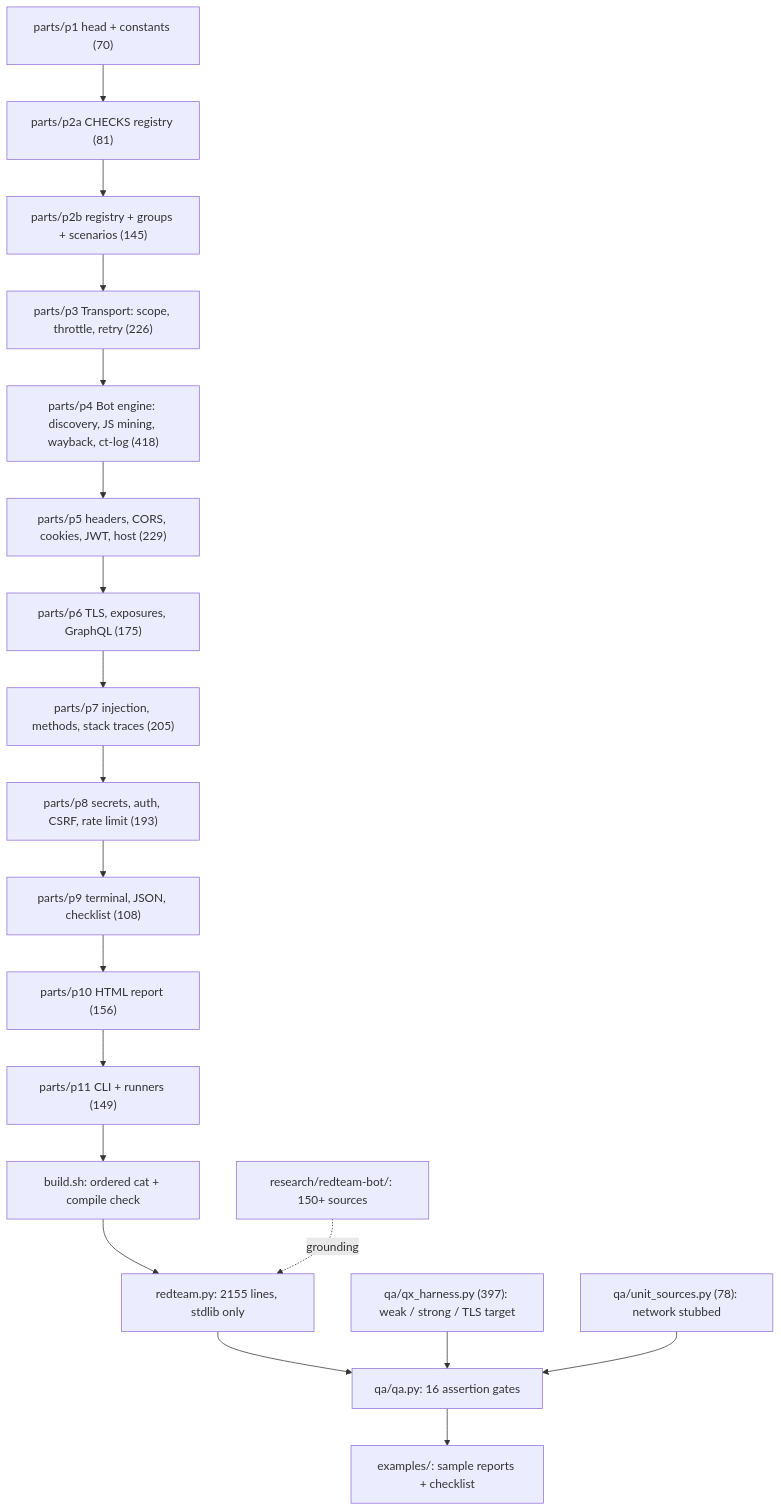
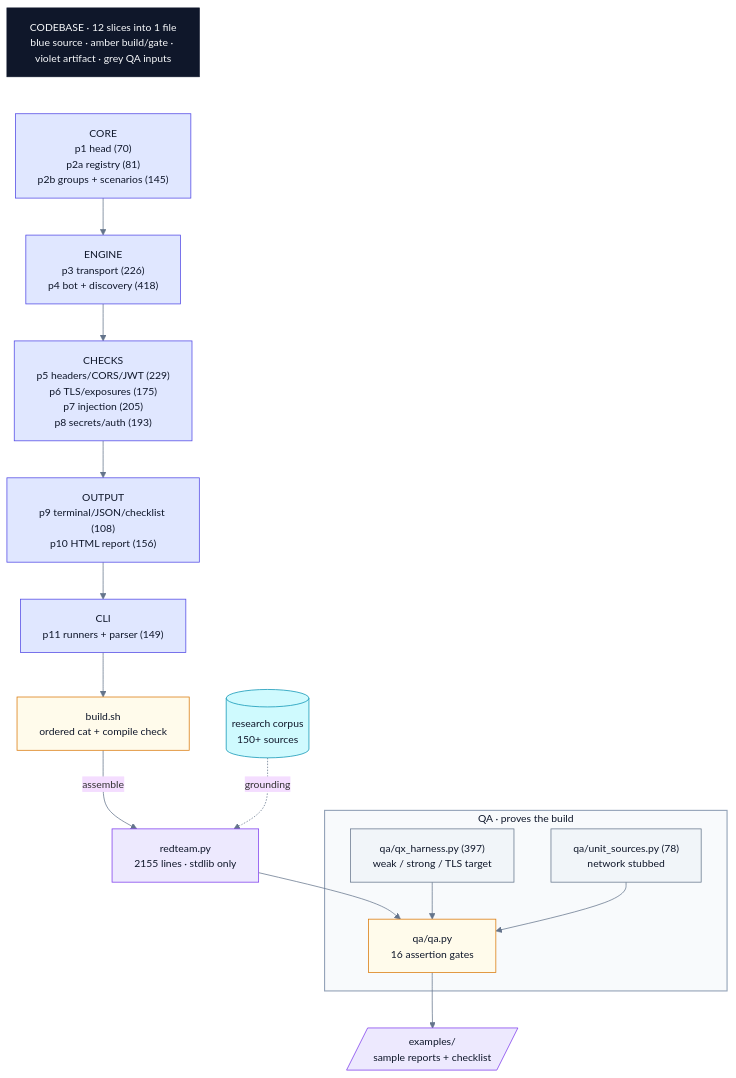
One commit to pixie-chan/redqueen changed the third of 6 diagrams in docs/ARCHITECTURE.md. Above: the diagram before and after it, drawn with Mermaid. The commit also changed other lines of this file and 13 other files, not shown here.

Commit message:
redesign all 6 architecture diagrams: design system, title+legend chips, labeled edges, balanced layouts

````diff
--- a/docs/ARCHITECTURE.md
+++ b/docs/ARCHITECTURE.md
@@ -47,21 +91,31 @@
 ```mermaid
+%%{init: {"theme":"base","themeVariables":{"fontFamily":"DejaVu Sans, Helvetica, sans-serif","fontSize":"14px","lineColor":"#64748b","clusterBkg":"#f8fafc","clusterBorder":"#cbd5e1"}}}%%
 flowchart TD
-    A1["parts/p1 head + constants (70)"] --> A2["parts/p2a CHECKS registry (81)"]
-    A2 --> A2b["parts/p2b registry + groups + scenarios (145)"]
-    A2b --> A3["parts/p3 Transport: scope, throttle, retry (226)"]
-    A3 --> A4["parts/p4 Bot engine: discovery, JS mining, wayback, ct-log (418)"]
-    A4 --> A5["parts/p5 headers, CORS, cookies, JWT, host (229)"]
-    A5 --> A6["parts/p6 TLS, exposures, GraphQL (175)"]
-    A6 --> A7["parts/p7 injection, methods, stack traces (205)"]
-    A7 --> A8["parts/p8 secrets, auth, CSRF, rate limit (193)"]
-    A8 --> A9["parts/p9 terminal, JSON, checklist (108)"]
-    A9 --> A10["parts/p10 HTML report (156)"]
-    A10 --> A11["parts/p11 CLI + runners (149)"]
-    A11 --> BS["build.sh: ordered cat + compile check"]
-    BS --> RT["redteam.py: 2155 lines, stdlib only"]
-    RT --> Q["qa/qa.py: 16 assertion gates"]
-    H["qa/qx_harness.py (397): weak / strong / TLS target"] --> Q
-    U["qa/unit_sources.py (78): network stubbed"] --> Q
-    Q --> EX["examples/: sample reports + checklist"]
-    RES["research/redteam-bot/: 150+ sources"] -. grounding .-> RT
+    T["CODEBASE · 12 slices into 1 file<br/>blue source · amber build/gate · violet artifact · grey QA inputs"]:::title ~~~ C1["CORE<br/>p1 head (70)<br/>p2a registry (81)<br/>p2b groups + scenarios (145)"]:::engine
+    C1 --> C2["ENGINE<br/>p3 transport (226)<br/>p4 bot + discovery (418)"]:::engine
+    C2 --> C3["CHECKS<br/>p5 headers/CORS/JWT (229)<br/>p6 TLS/exposures (175)<br/>p7 injection (205)<br/>p8 secrets/auth (193)"]:::engine
+    C3 --> C4["OUTPUT<br/>p9 terminal/JSON/checklist (108)<br/>p10 HTML report (156)"]:::engine
+    C4 --> C5["CLI<br/>p11 runners + parser (149)"]:::engine
+    C5 --> BS["build.sh<br/>ordered cat + compile check"]:::gate
+    BS -->|assemble| RT["redteam.py<br/>2155 lines · stdlib only"]:::out
+    RT --> Q["qa/qa.py<br/>16 assertion gates"]:::gate
+    subgraph QA_BOX["QA · proves the build"]
+        H["qa/qx_harness.py (397)<br/>weak / strong / TLS target"]:::neutral --> Q
+        U["qa/unit_sources.py (78)<br/>network stubbed"]:::neutral --> Q
+    end
+    Q --> EX[/"examples/<br/>sample reports + checklist"/]:::out
+    RES[("research corpus<br/>150+ sources")]:::ext -.->|grounding| RT
+    style QA_BOX fill:#f8fafc,stroke:#94a3b8,color:#0f172a,stroke-width:1.5px
+
+    classDef title fill:#0f172a,stroke:#0f172a,color:#f8fafc
+    classDef cli fill:#e0f2fe,stroke:#0284c7,color:#0f172a
+    classDef engine fill:#e0e7ff,stroke:#4f46e5,color:#0f172a
+    classDef gate fill:#fffbeb,stroke:#d97706,color:#0f172a
+    classDef good fill:#dcfce7,stroke:#059669,color:#0f172a
+    classDef bad fill:#ffe4e6,stroke:#e11d48,color:#0f172a
+    classDef warn fill:#ffedd5,stroke:#ea580c,color:#0f172a
+    classDef out fill:#ede9fe,stroke:#7c3aed,color:#0f172a
+    classDef neutral fill:#f1f5f9,stroke:#64748b,color:#0f172a
+    classDef ext fill:#cffafe,stroke:#0891b2,color:#0f172a
+    classDef forbidden fill:#ffe4e6,stroke:#e11d48,color:#0f172a,stroke-dasharray:6 4
 ```
````
